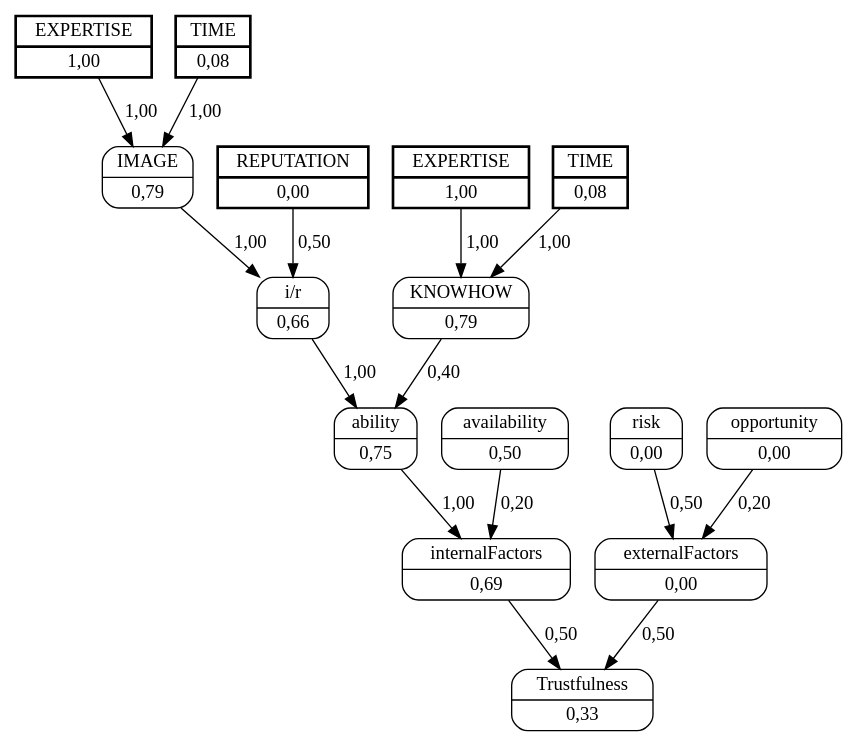
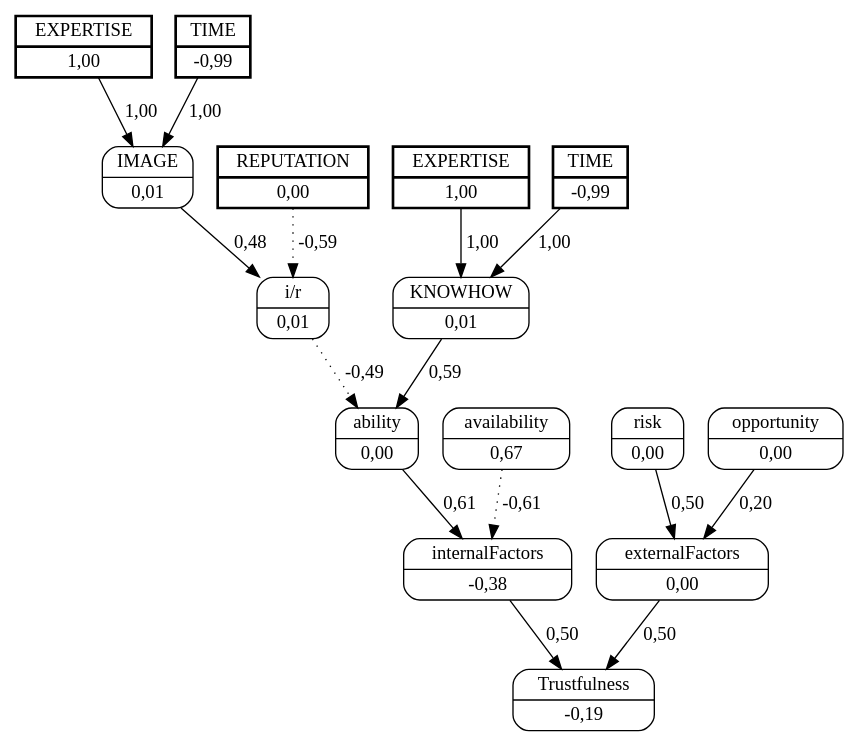
One commit to jjbaqueta/unload_experiment changed the diagram in unload_boxes/dots/worker_2helper_5.dot. Above: the diagram before and after it, drawn with Graphviz. The commit also changed 77 other files, not shown here.

```diff
--- a/unload_boxes/dots/worker_2helper_5.dot
+++ b/unload_boxes/dots/worker_2helper_5.dot
@@ -1,34 +1,34 @@
 digraph FCM_net{
 	node [shape=record, style=rounded]
 	11 [label="{EXPERTISE | 1,00}", style=bold, penwidth=2, peripheries=2];
-	12 [label="{TIME | 0,08}", style=bold, penwidth=2, peripheries=2];
+	12 [label="{TIME | -0,99}", style=bold, penwidth=2, peripheries=2];
 	1 [label="{REPUTATION | 0,00}", style=bold, penwidth=2, peripheries=2];
 	13 [label="{EXPERTISE | 1,00}", style=bold, penwidth=2, peripheries=2];
-	14 [label="{TIME | 0,08}", style=bold, penwidth=2, peripheries=2];
-	0 [label="{IMAGE | 0,79}"];
+	14 [label="{TIME | -0,99}", style=bold, penwidth=2, peripheries=2];
+	0 [label="{IMAGE | 0,01}"];
 	1 [label="{REPUTATION | 0,00}"];
-	2 [label="{KNOWHOW | 0,79}"];
-	3 [label="{i/r | 0,66}"];
-	4 [label="{ability | 0,75}"];
-	5 [label="{availability | 0,50}"];
-	6 [label="{internalFactors | 0,69}"];
+	2 [label="{KNOWHOW | 0,01}"];
+	3 [label="{i/r | 0,01}"];
+	4 [label="{ability | 0,00}"];
+	5 [label="{availability | 0,67}"];
+	6 [label="{internalFactors | -0,38}"];
 	7 [label="{risk | 0,00}"];
 	8 [label="{opportunity | 0,00}"];
 	9 [label="{externalFactors | 0,00}"];
-	10 [label="{Trustfulness | 0,33}"];
+	10 [label="{Trustfulness | -0,19}"];
 	11 [label="{EXPERTISE | 1,00}"];
-	0 -> 3 [label = "1,00"];
-	1 -> 3 [label = "0,50"];
-	3 -> 4 [label = "1,00"];
-	2 -> 4 [label = "0,40"];
-	4 -> 6 [label = "1,00"];
-	5 -> 6 [label = "0,20"];
+	0 -> 3 [label = "0,48"];
+	1 -> 3 [label = "-0,59", style=dotted];
+	3 -> 4 [label = "-0,49", style=dotted];
+	2 -> 4 [label = "0,59"];
+	4 -> 6 [label = "0,61"];
+	5 -> 6 [label = "-0,61", style=dotted];
 	6 -> 10 [label = "0,50"];
 	7 -> 9 [label = "0,50"];
 	8 -> 9 [label = "0,20"];
 	9 -> 10 [label = "0,50"];
 	11 -> 0 [label = "1,00"];
 	12 -> 0 [label = "1,00"];
 	13 -> 2 [label = "1,00"];
 	14 -> 2 [label = "1,00"];
 }
```
